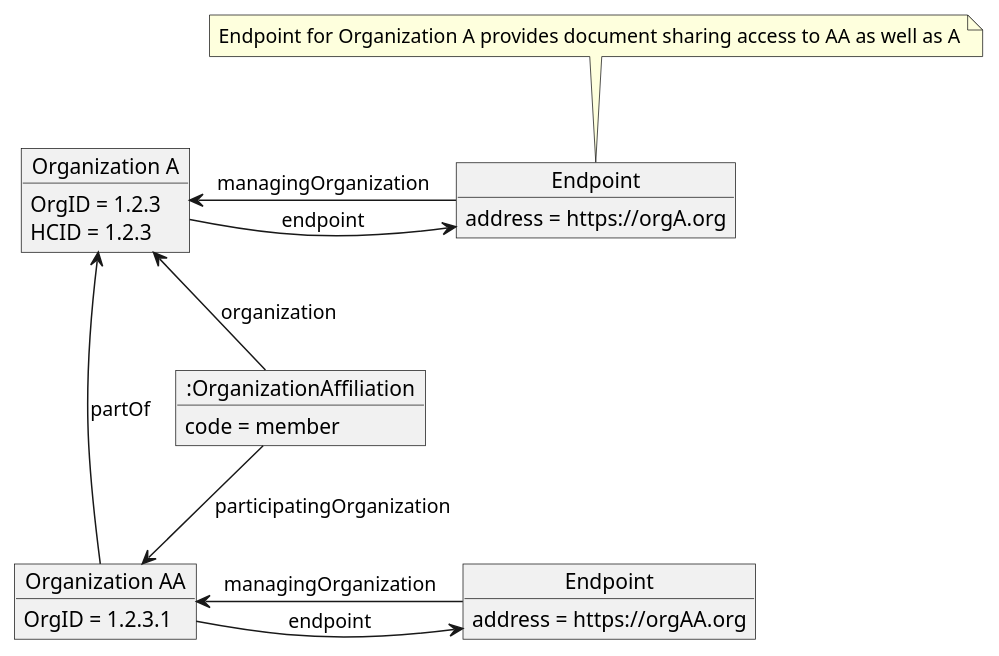
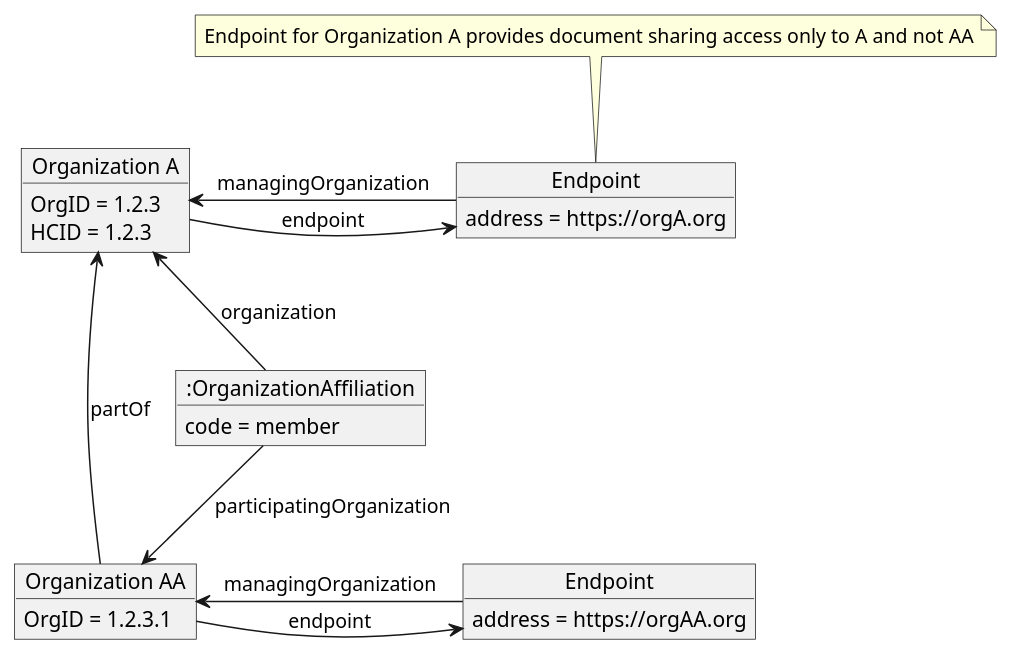
Before and after one commit to IHE/ITI.Topologies: the diagram in images-source/dir-endpoint-to-child-hierarchy.plantuml, drawn with PlantUML. The commit also changed 2 other files, not shown here.

```diff
--- a/images-source/dir-endpoint-to-child-hierarchy.plantuml
+++ b/images-source/dir-endpoint-to-child-hierarchy.plantuml
@@ -1,29 +1,29 @@
 @startuml dir-endpoint-to-child-hierarchy
 hide footbox
 
 object "Organization A" as OrganizationA
 OrganizationA : OrgID = 1.2.3
 OrganizationA : HCID = 1.2.3
 object "Organization AA" as OrganizationAA
 OrganizationAA : OrgID = 1.2.3.1
 object "Endpoint" as EndpointA
 EndpointA : address = https://orgA.org
 object "Endpoint" as EndpointAA
 EndpointAA : address = https://orgAA.org
 
 OrganizationA <-- OrganizationAA : partOf
 EndpointA <-- OrganizationA : endpoint
 OrganizationA <- EndpointA : managingOrganization
 
 EndpointAA <-l- OrganizationAA : endpoint
 OrganizationAA <- EndpointAA : managingOrganization
 
 object ":OrganizationAffiliation" as OrgAff
 OrgAff : code = member
 OrgAff --> OrganizationAA : participatingOrganization
 OrganizationA <-- OrgAff : organization
 
-note "Endpoint for Organization A provides document sharing access to AA as well as A" as N1
+note "Endpoint for Organization A provides document sharing access only to A and not AA" as N1
 N1 .. EndpointA
 
 @enduml
```
